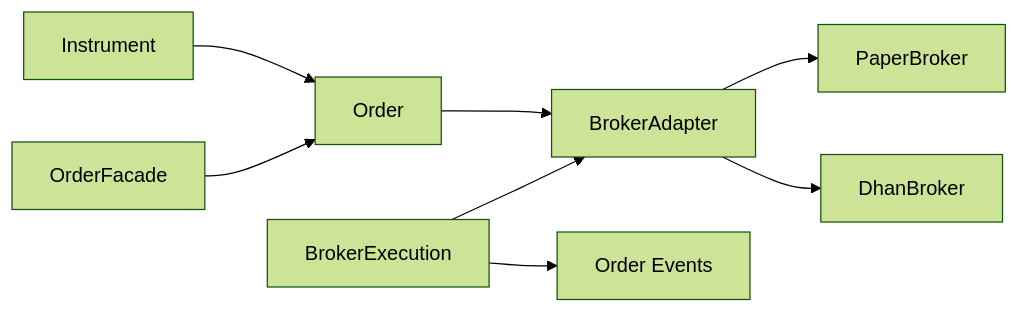
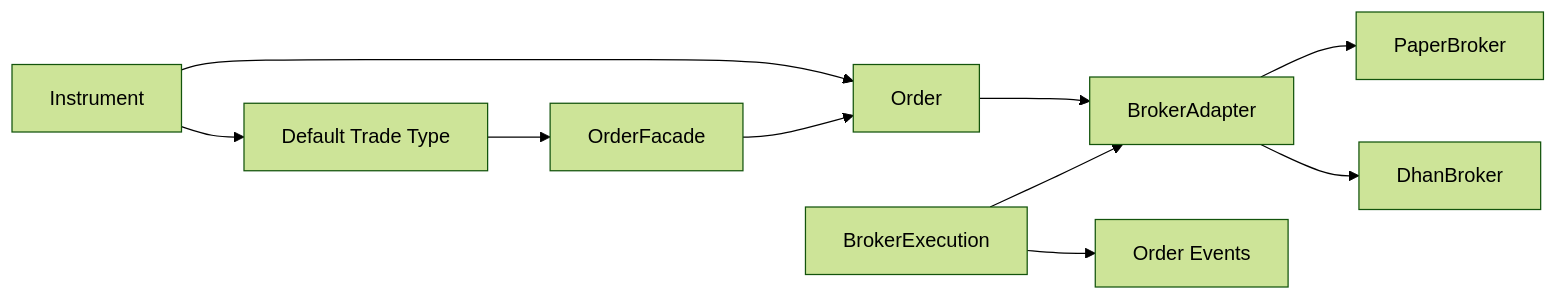
The seventh of 7 diagrams in .qoder/repowiki/en/content/Order Management/Order Lifecycle Management.md (Ganesh-Kusundal/nTrade), drawn with Mermaid (forest theme) before and after one commit. The commit also changed other lines of this file and 203 other files, not shown here.

````diff
--- a/.qoder/repowiki/en/content/Order Management/Order Lifecycle Management.md
+++ b/.qoder/repowiki/en/content/Order Management/Order Lifecycle Management.md
@@ -312,10 +385,12 @@
 ```mermaid
 graph LR
 Instrument["Instrument"] --> Order["Order"]
+Instrument --> Default["Default Trade Type"]
+Default --> OrderFacade["OrderFacade"]
+OrderFacade --> Order
 Order --> BrokerAdapter["BrokerAdapter"]
 BrokerAdapter --> PaperBroker["PaperBroker"]
 BrokerAdapter --> DhanBroker["DhanBroker"]
-OrderFacade["OrderFacade"] --> Order
 BrokerExecution["BrokerExecution"] --> BrokerAdapter
 BrokerExecution --> Events["Order Events"]
 ```
````
